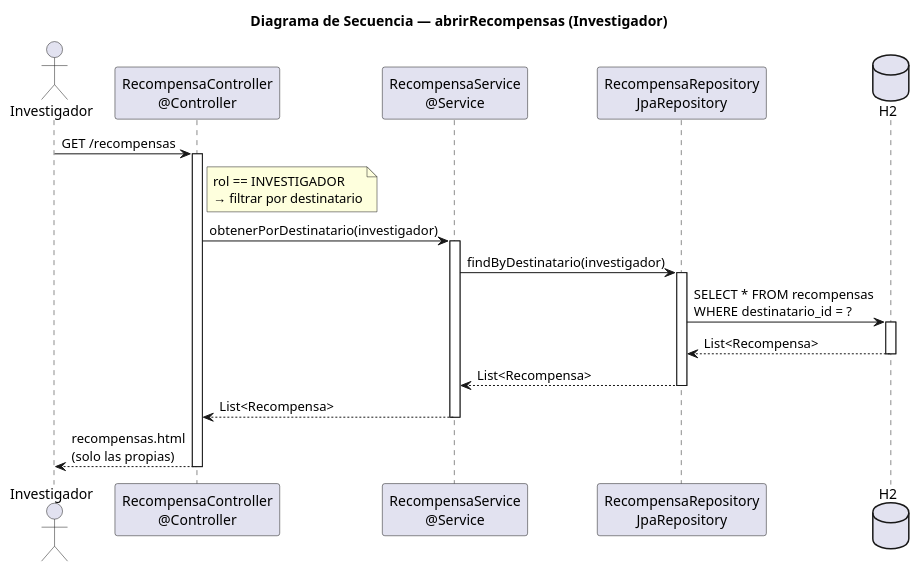
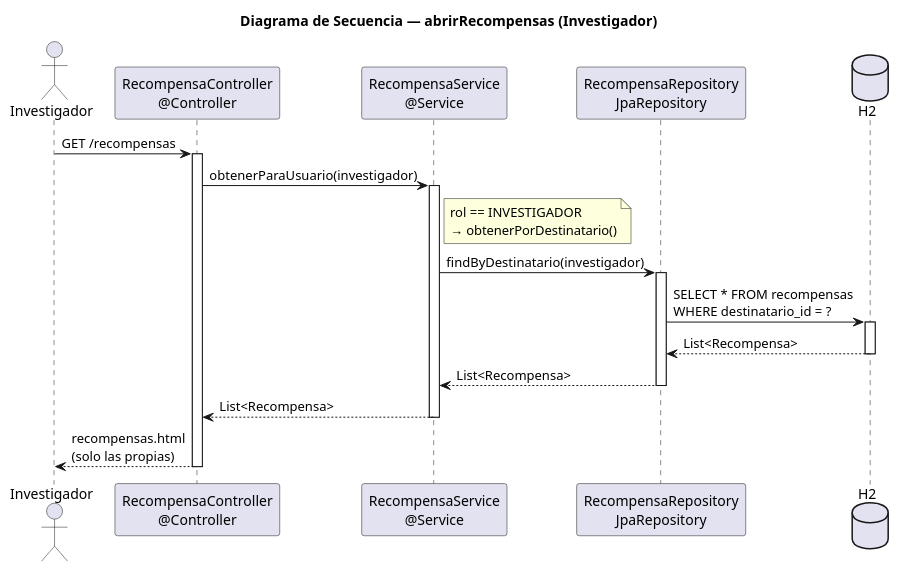
The diagram in modelosUML/diseño/investigador/abrirRecompensas.puml (31Diego/25-26-idsw2-sdVC), drawn with PlantUML before and after one commit. The commit also changed 62 other files, not shown here.

Commit message:
refactor: aplicar SOLID y sincronizar diagramas de diseño

```diff
--- a/modelosUML/diseño/investigador/abrirRecompensas.puml
+++ b/modelosUML/diseño/investigador/abrirRecompensas.puml
@@ -1,28 +1,28 @@
 @startuml
 title Diagrama de Secuencia — abrirRecompensas (Investigador)
 
 actor "Investigador" as User
 participant "RecompensaController\n@Controller" as Controller
 participant "RecompensaService\n@Service" as Service
 participant "RecompensaRepository\nJpaRepository" as Repo
 database "H2" as DB
 
 User -> Controller: GET /recompensas
 activate Controller
-note right of Controller: rol == INVESTIGADOR\n→ filtrar por destinatario
-Controller -> Service: obtenerPorDestinatario(investigador)
+Controller -> Service: obtenerParaUsuario(investigador)
 activate Service
+note right of Service: rol == INVESTIGADOR\n→ obtenerPorDestinatario()
 Service -> Repo: findByDestinatario(investigador)
 activate Repo
 Repo -> DB: SELECT * FROM recompensas\nWHERE destinatario_id = ?
 activate DB
 DB --> Repo: List<Recompensa>
 deactivate DB
 Repo --> Service: List<Recompensa>
 deactivate Repo
 Service --> Controller: List<Recompensa>
 deactivate Service
 Controller --> User: recompensas.html\n(solo las propias)
 deactivate Controller
 
 @enduml
```
